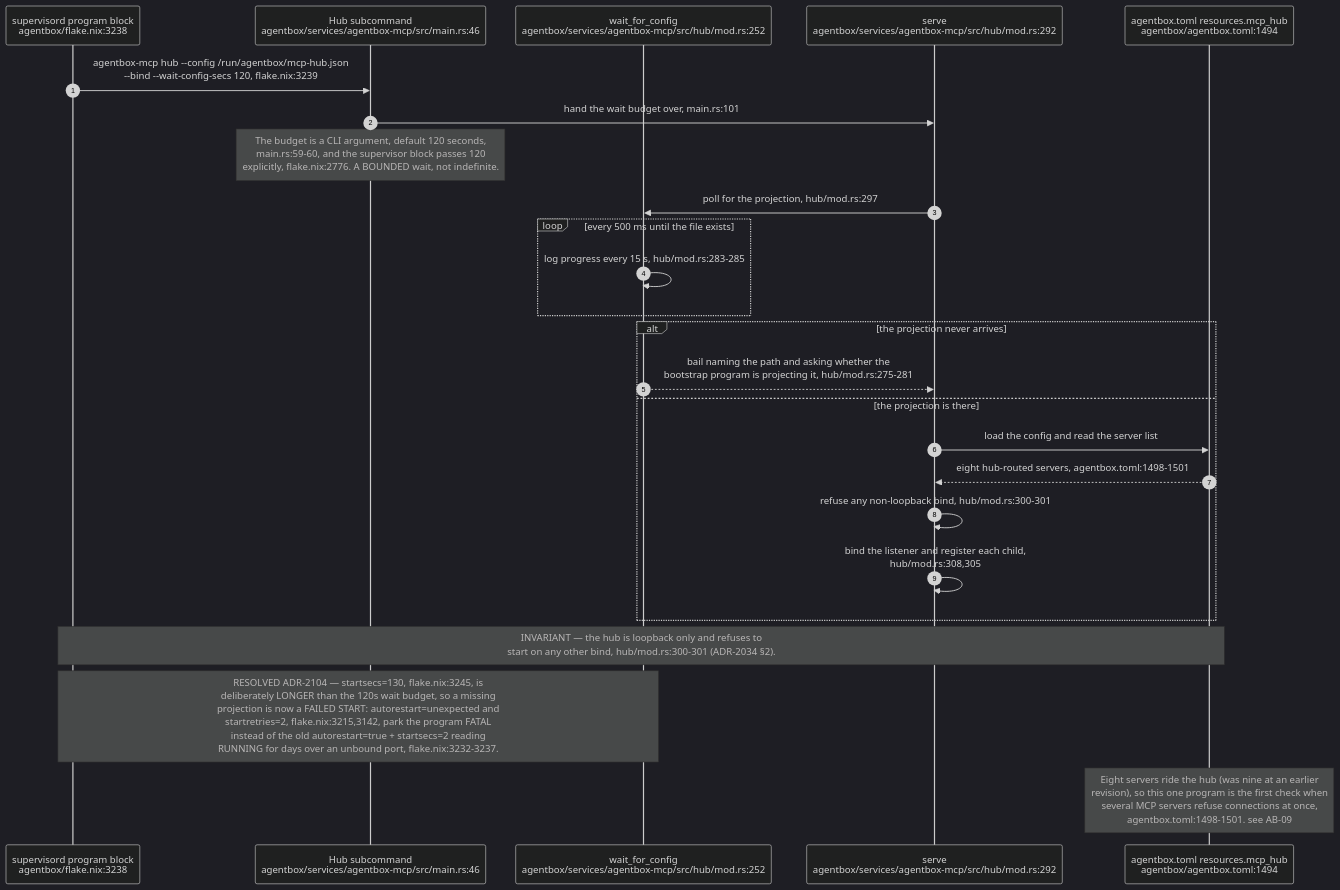
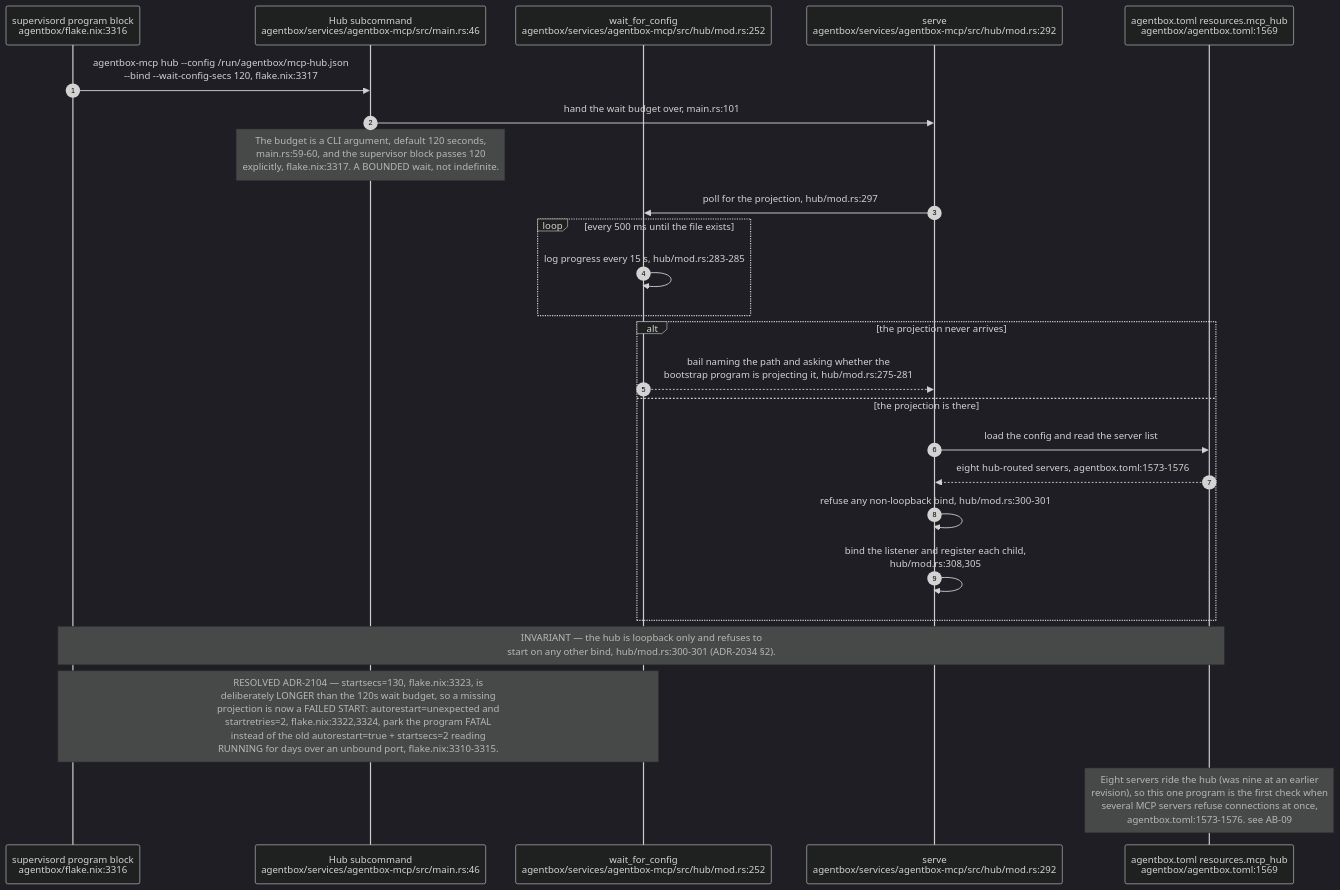
The seventh of 8 diagrams in docs/diagrams/estate/01-estate-topology.md (DreamLab-AI/VisionFlow), drawn with Mermaid (dark theme) before and after one commit. The commit also changed other lines of this file and 160 other files, not shown here.

````diff
--- a/docs/diagrams/estate/01-estate-topology.md
+++ b/docs/diagrams/estate/01-estate-topology.md
@@ -273,28 +302,28 @@
 ```mermaid
 sequenceDiagram
     autonumber
-    participant SUP as supervisord program block<br/>agentbox/flake.nix:3238
+    participant SUP as supervisord program block<br/>agentbox/flake.nix:3316
     participant MAIN as Hub subcommand<br/>agentbox/services/agentbox-mcp/src/main.rs:46
     participant WAIT as wait_for_config<br/>agentbox/services/agentbox-mcp/src/hub/mod.rs:252
     participant SERVE as serve<br/>agentbox/services/agentbox-mcp/src/hub/mod.rs:292
-    participant MAN as agentbox.toml resources.mcp_hub<br/>agentbox/agentbox.toml:1494
+    participant MAN as agentbox.toml resources.mcp_hub<br/>agentbox/agentbox.toml:1569
 
-    SUP->>MAIN: agentbox-mcp hub --config /run/agentbox/mcp-hub.json<br/>--bind --wait-config-secs 120, flake.nix:3239
+    SUP->>MAIN: agentbox-mcp hub --config /run/agentbox/mcp-hub.json<br/>--bind --wait-config-secs 120, flake.nix:3317
     MAIN->>SERVE: hand the wait budget over, main.rs:101
-    Note over MAIN: The budget is a CLI argument, default 120 seconds,<br/>main.rs:59-60, and the supervisor block passes 120<br/>explicitly, flake.nix:2776. A BOUNDED wait, not indefinite.
+    Note over MAIN: The budget is a CLI argument, default 120 seconds,<br/>main.rs:59-60, and the supervisor block passes 120<br/>explicitly, flake.nix:3317. A BOUNDED wait, not indefinite.
     SERVE->>WAIT: poll for the projection, hub/mod.rs:297
     loop every 500 ms until the file exists
         WAIT->>WAIT: log progress every 15 s, hub/mod.rs:283-285
     end
     alt the projection never arrives
         WAIT-->>SERVE: bail naming the path and asking whether the<br/>bootstrap program is projecting it, hub/mod.rs:275-281
     else the projection is there
         SERVE->>MAN: load the config and read the server list
-        MAN-->>SERVE: eight hub-routed servers, agentbox.toml:1498-1501
+        MAN-->>SERVE: eight hub-routed servers, agentbox.toml:1573-1576
         SERVE->>SERVE: refuse any non-loopback bind, hub/mod.rs:300-301
         SERVE->>SERVE: bind the listener and register each child,<br/>hub/mod.rs:308,305
     end
     Note over SUP,MAN: INVARIANT — the hub is loopback only and refuses to<br/>start on any other bind, hub/mod.rs:300-301 (ADR-2034 §2).
-    Note over SUP,WAIT: RESOLVED ADR-2104 — startsecs=130, flake.nix:3245, is<br/>deliberately LONGER than the 120s wait budget, so a missing<br/>projection is now a FAILED START: autorestart=unexpected and<br/>startretries=2, flake.nix:3215,3142, park the program FATAL<br/>instead of the old autorestart=true + startsecs=2 reading<br/>RUNNING for days over an unbound port, flake.nix:3232-3237.
-    Note over MAN: Eight servers ride the hub (was nine at an earlier<br/>revision), so this one program is the first check when<br/>several MCP servers refuse connections at once,<br/>agentbox.toml:1498-1501. see AB-09
+    Note over SUP,WAIT: RESOLVED ADR-2104 — startsecs=130, flake.nix:3323, is<br/>deliberately LONGER than the 120s wait budget, so a missing<br/>projection is now a FAILED START: autorestart=unexpected and<br/>startretries=2, flake.nix:3322,3324, park the program FATAL<br/>instead of the old autorestart=true + startsecs=2 reading<br/>RUNNING for days over an unbound port, flake.nix:3310-3315.
+    Note over MAN: Eight servers ride the hub (was nine at an earlier<br/>revision), so this one program is the first check when<br/>several MCP servers refuse connections at once,<br/>agentbox.toml:1573-1576. see AB-09
 ```
````
